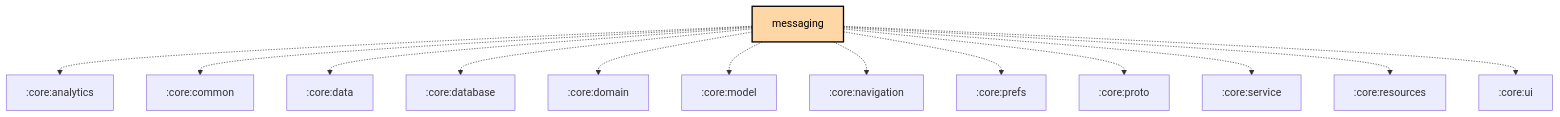
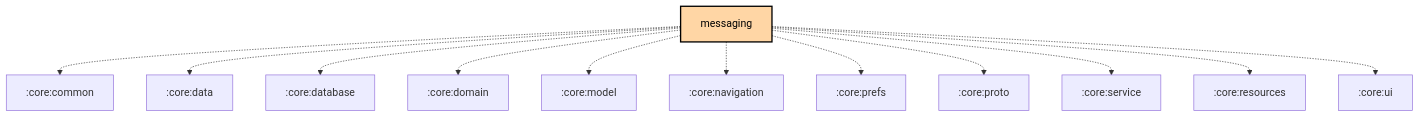
Before and after one commit to meshtastic/Meshtastic-Android: the diagram in feature/messaging/README.md, drawn with Mermaid. The commit also changed 10 other files, not shown here.

Commit message:
chore: Scheduled updates (Firmware, Hardware, Translations, Graphs) (#4737)

````diff
--- a/feature/messaging/README.md
+++ b/feature/messaging/README.md
@@ -26,27 +26,26 @@
 ```mermaid
 graph TB
   :feature:messaging[messaging]:::android-feature
-  :feature:messaging -.-> :core:analytics
   :feature:messaging -.-> :core:common
   :feature:messaging -.-> :core:data
   :feature:messaging -.-> :core:database
   :feature:messaging -.-> :core:domain
   :feature:messaging -.-> :core:model
   :feature:messaging -.-> :core:navigation
   :feature:messaging -.-> :core:prefs
   :feature:messaging -.-> :core:proto
   :feature:messaging -.-> :core:service
   :feature:messaging -.-> :core:resources
   :feature:messaging -.-> :core:ui
 
 classDef android-application fill:#CAFFBF,stroke:#000,stroke-width:2px,color:#000;
 classDef android-application-compose fill:#CAFFBF,stroke:#000,stroke-width:2px,color:#000;
 classDef android-feature fill:#FFD6A5,stroke:#000,stroke-width:2px,color:#000;
 classDef android-library fill:#9BF6FF,stroke:#000,stroke-width:2px,color:#000;
 classDef android-library-compose fill:#9BF6FF,stroke:#000,stroke-width:2px,color:#000;
 classDef android-test fill:#A0C4FF,stroke:#000,stroke-width:2px,color:#000;
 classDef jvm-library fill:#BDB2FF,stroke:#000,stroke-width:2px,color:#000;
 classDef kmp-library fill:#FFC1CC,stroke:#000,stroke-width:2px,color:#000;
 classDef unknown fill:#FFADAD,stroke:#000,stroke-width:2px,color:#000;
 
 ```
````
